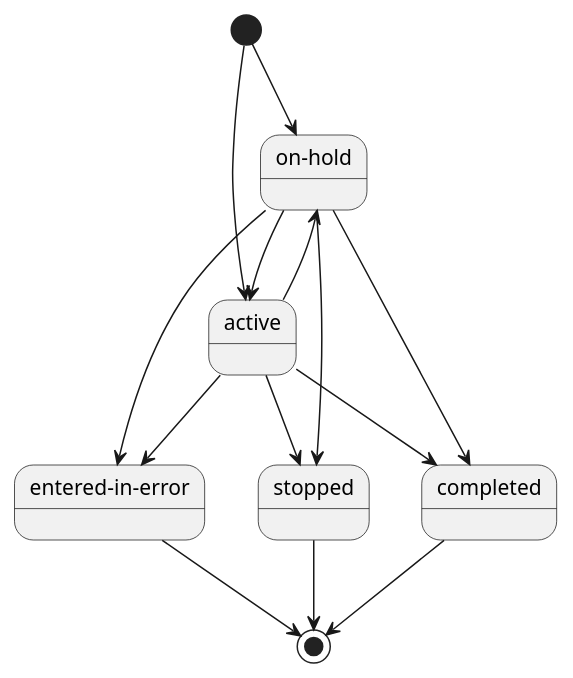
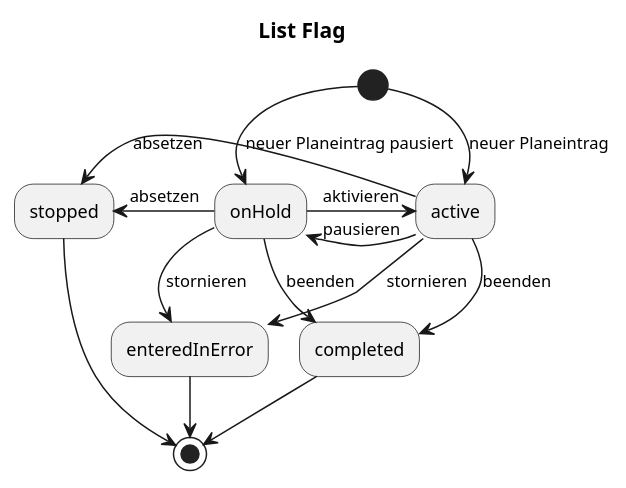
One commit to HL7Austria/ELGA-e-Medikation-R4 changed the diagram in input/images-source/stateDiagram_mr_status_planeintrag.plantuml. Above: the diagram before and after it, drawn with PlantUML. The commit also changed 6 other files, not shown here.

Commit message:
Add workflow state diagrams (list-flag, planeintrag-status)

```diff
--- a/input/images-source/stateDiagram_mr_status_planeintrag.plantuml
+++ b/input/images-source/stateDiagram_mr_status_planeintrag.plantuml
@@ -1,18 +1,17 @@
 @startuml
-state "entered-in-error" as enteredInError
-state "on-hold" as onHold
+title List Flag
 
-[*] --> active
-[*] --> onHold
-onHold --> active
-onHold --> enteredInError
-onHold --> stopped
-onHold --> completed
-active --> stopped
-active --> completed
-active --> onHold
-active --> enteredInError
-stopped --> [*]
-enteredInError --> [*]
-completed --> [*]
+(*) -d-> [neuer Planeintrag] active
+(*) -d-> [neuer Planeintrag pausiert] onHold
+onHold -r-> [aktivieren] active 
+onHold -d-> [stornieren] enteredInError
+onHold -l-> [absetzen] stopped
+onHold -d-> [beenden] completed
+active -l-> [absetzen] stopped
+active -r-> [beenden] completed  
+active -l-> [pausieren] onHold
+active -d-> [stornieren] enteredInError
+stopped -d-> (*)
+enteredInError -d-> (*)
+completed -d-> (*)
 @enduml
```
